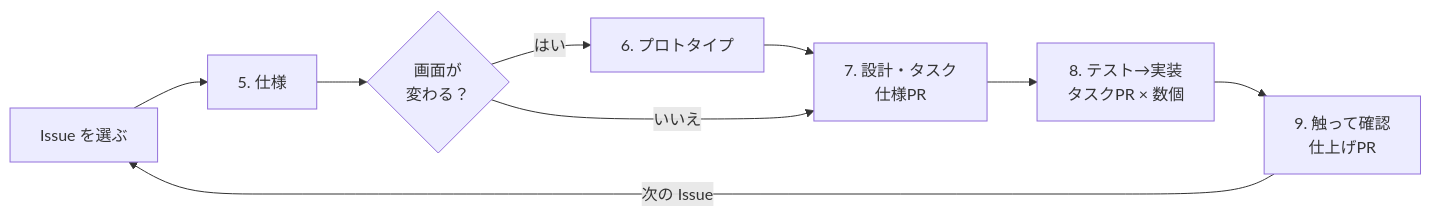
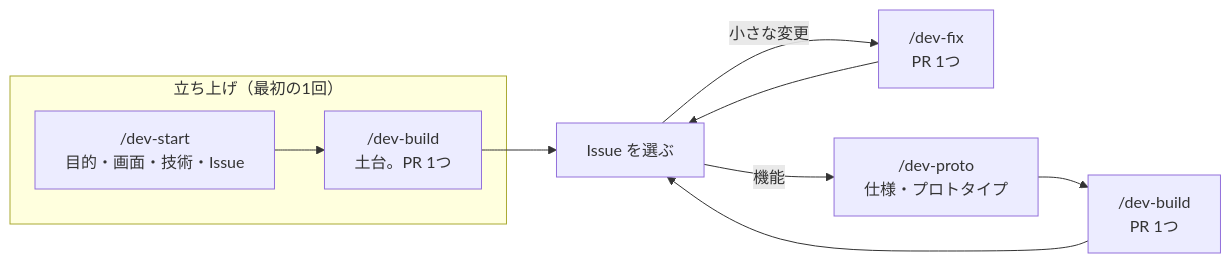
Before and after one commit to tsubokura14/memory-forge: the first of 2 diagrams in docs/how-we-work.md, drawn with Mermaid. The commit also changed other lines of this file and 49 other files, not shown here.

````diff
--- a/docs/how-we-work.md
+++ b/docs/how-we-work.md
@@ -154,8 +18,11 @@
 ```mermaid
 flowchart LR
-    I["Issue を選ぶ"] --> S["5. 仕様"] --> Q{"画面が<br>変わる？"}
-    Q -- "はい" --> R["6. プロトタイプ"] --> P
-    Q -- "いいえ" --> P["7. 設計・タスク<br>仕様PR"]
-    P --> T["8. テスト→実装<br>タスクPR × 数個"] --> F["9. 触って確認<br>仕上げPR"]
-    F -- "次の Issue" --> I
+    subgraph S["立ち上げ（最初の1回）"]
+        S1["/dev-start<br>目的・画面・技術・Issue"] --> S2["/dev-build<br>土台。PR 1つ"]
+    end
+    S2 --> I["Issue を選ぶ"]
+    I -- "小さな変更" --> F["/dev-fix<br>PR 1つ"]
+    I -- "機能" --> R["/dev-proto<br>仕様・プロトタイプ"] --> T["/dev-build<br>PR 1つ"]
+    F --> I
+    T --> I
 ```
````
